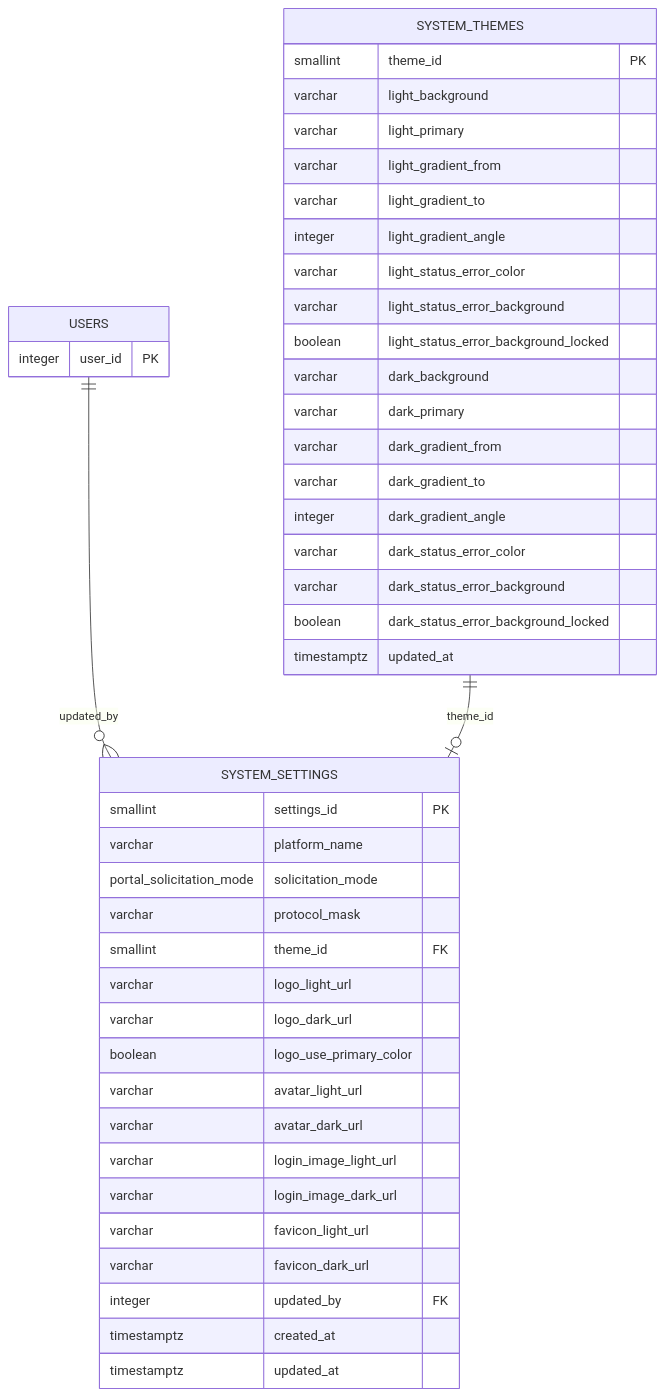
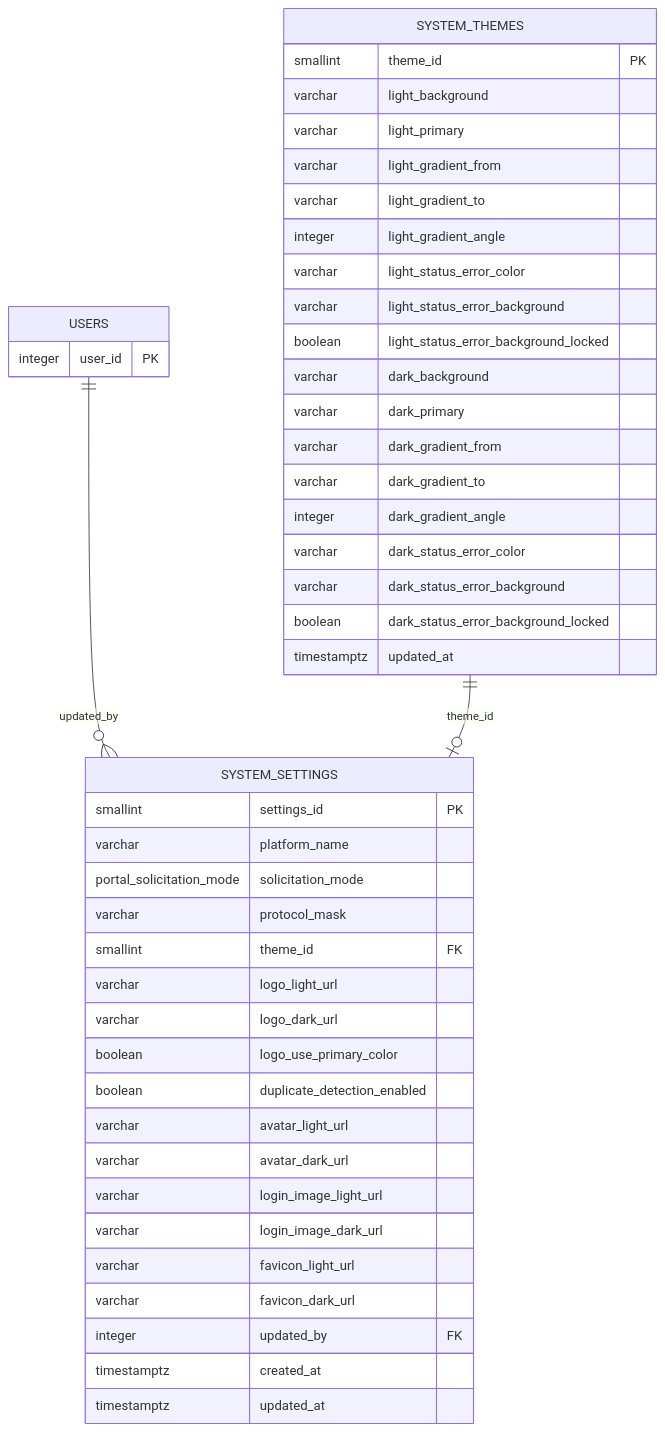
One commit to NEO-Kaizen/backend changed the diagram in docs/database/system-settings-persistence.md. Above: the diagram before and after it, drawn with Mermaid. The commit also changed other lines of this file and 6 other files, not shown here.

````diff
--- a/docs/database/system-settings-persistence.md
+++ b/docs/database/system-settings-persistence.md
@@ -51,50 +51,51 @@
 ```mermaid
 erDiagram
     USERS ||--o{ SYSTEM_SETTINGS : "updated_by"
     SYSTEM_THEMES ||--o| SYSTEM_SETTINGS : "theme_id"
 
     SYSTEM_SETTINGS {
         smallint settings_id PK
         varchar platform_name
         portal_solicitation_mode solicitation_mode
         varchar protocol_mask
         smallint theme_id FK
         varchar logo_light_url
         varchar logo_dark_url
         boolean logo_use_primary_color
+        boolean duplicate_detection_enabled
         varchar avatar_light_url
         varchar avatar_dark_url
         varchar login_image_light_url
         varchar login_image_dark_url
         varchar favicon_light_url
         varchar favicon_dark_url
         integer updated_by FK
         timestamptz created_at
         timestamptz updated_at
     }
 
     SYSTEM_THEMES {
         smallint theme_id PK
         varchar light_background
         varchar light_primary
         varchar light_gradient_from
         varchar light_gradient_to
         integer light_gradient_angle
         varchar light_status_error_color
         varchar light_status_error_background
         boolean light_status_error_background_locked
         varchar dark_background
         varchar dark_primary
         varchar dark_gradient_from
         varchar dark_gradient_to
         integer dark_gradient_angle
         varchar dark_status_error_color
         varchar dark_status_error_background
         boolean dark_status_error_background_locked
         timestamptz updated_at
     }
 
     USERS {
         integer user_id PK
     }
 ```
````
